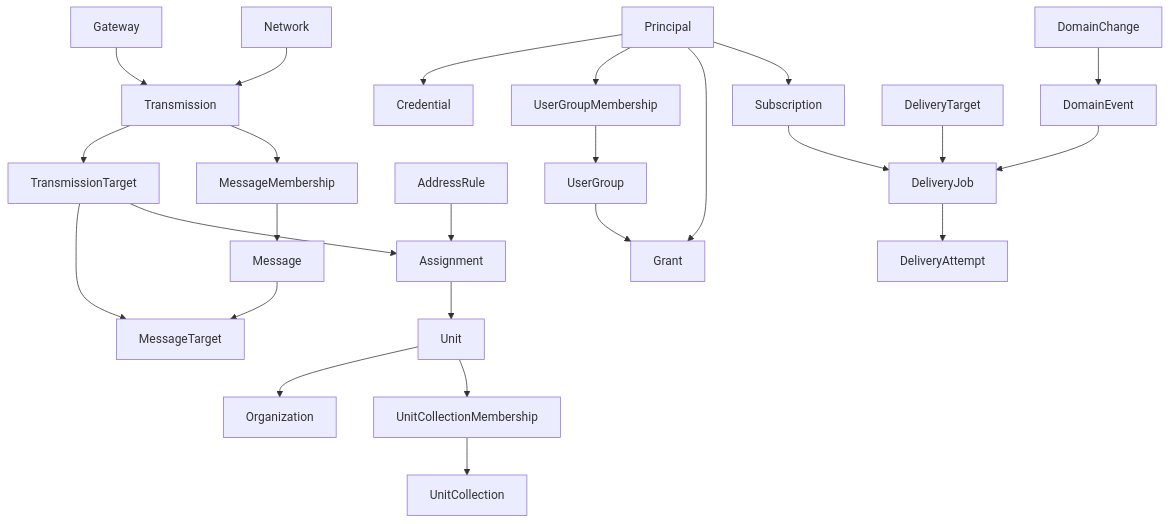
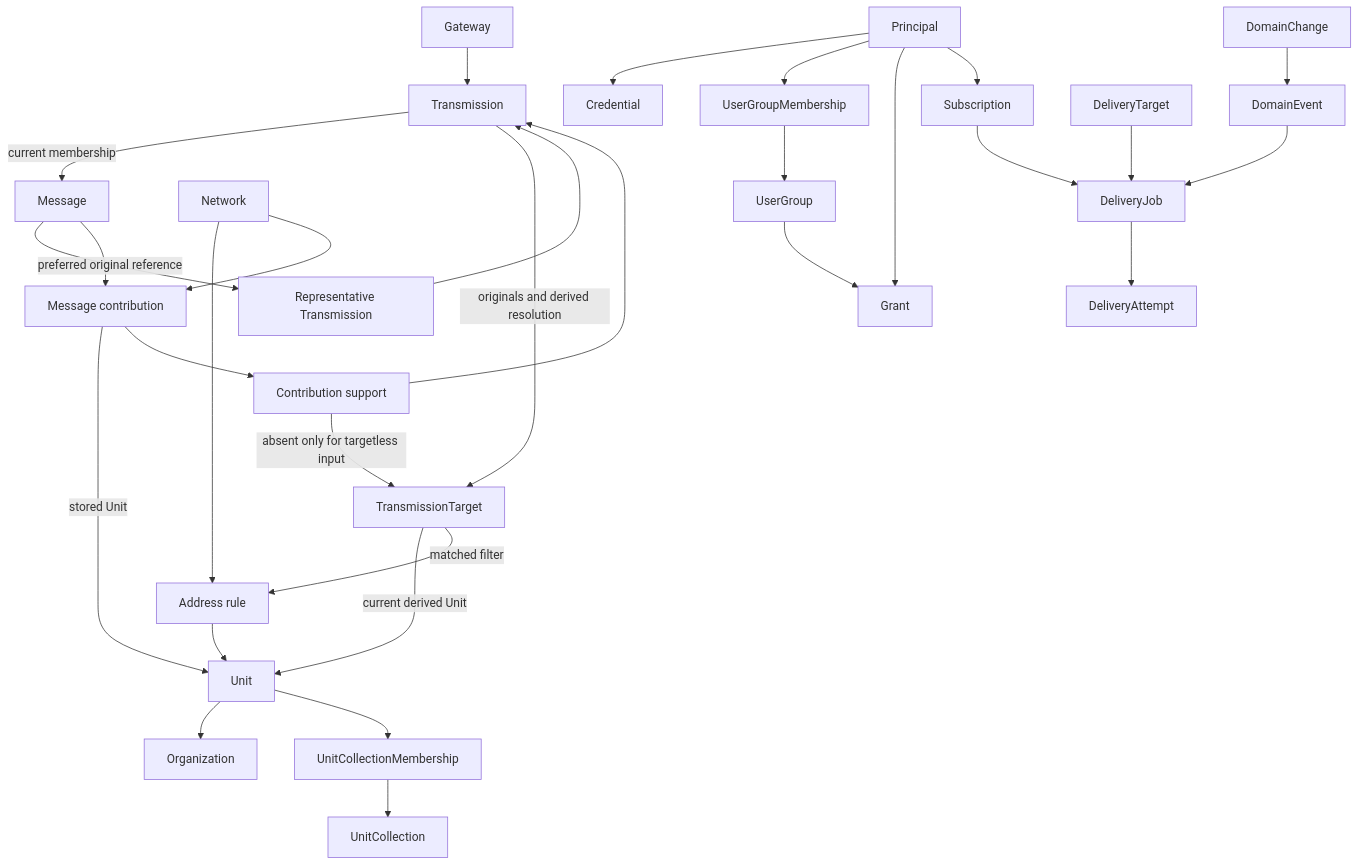
One commit to gopager/gopager changed the second of 2 diagrams in docs/architecture.md. Above: the diagram before and after it, drawn with Mermaid. The commit also changed other lines of this file and 42 other files, not shown here.

````diff
--- a/docs/architecture.md
+++ b/docs/architecture.md
@@ -114,27 +114,32 @@
 ```mermaid
 flowchart TD
     Gateway --> Transmission
-    Network --> Transmission
-    Transmission --> TransmissionTarget
-    Transmission --> MessageMembership
-    MessageMembership --> Message
-    Message --> MessageTarget
-    TransmissionTarget --> MessageTarget
-    TransmissionTarget --> Assignment
-    AddressRule --> Assignment
-    Assignment --> Unit
+    Transmission -->|current membership| Message
+    Transmission -->|originals and derived resolution| TransmissionTarget
+    Message -->|preferred original reference| RepresentativeTransmission[Representative Transmission]
+    RepresentativeTransmission --> Transmission
+    Message --> MessageContribution[Message contribution]
+    TransmissionTarget -->|current derived Unit| Unit
+    TransmissionTarget -->|matched filter| AddressRule[Address rule]
+    AddressRule --> Unit
+    Network --> AddressRule
+    MessageContribution -->|stored Unit| Unit
+    Network --> MessageContribution
+    MessageContribution --> ContributionSupport[Contribution support]
+    ContributionSupport --> Transmission
+    ContributionSupport -->|absent only for targetless input| TransmissionTarget
     Unit --> Organization
     Unit --> UnitCollectionMembership
     UnitCollectionMembership --> UnitCollection
     Principal --> Credential
     Principal --> UserGroupMembership
     UserGroupMembership --> UserGroup
     Principal --> Grant
     UserGroup --> Grant
     DomainChange --> DomainEvent
     DomainEvent --> DeliveryJob
     Subscription --> DeliveryJob
     Principal --> Subscription
     DeliveryTarget --> DeliveryJob
     DeliveryJob --> DeliveryAttempt
 ```
````
